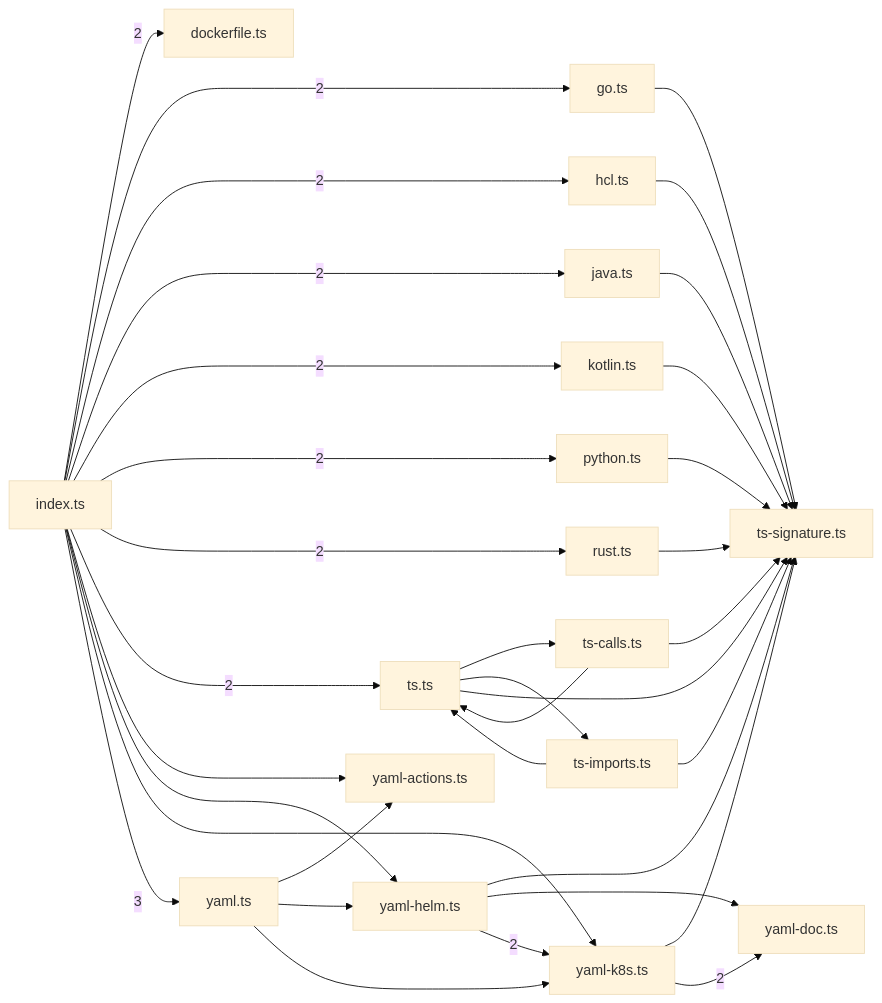
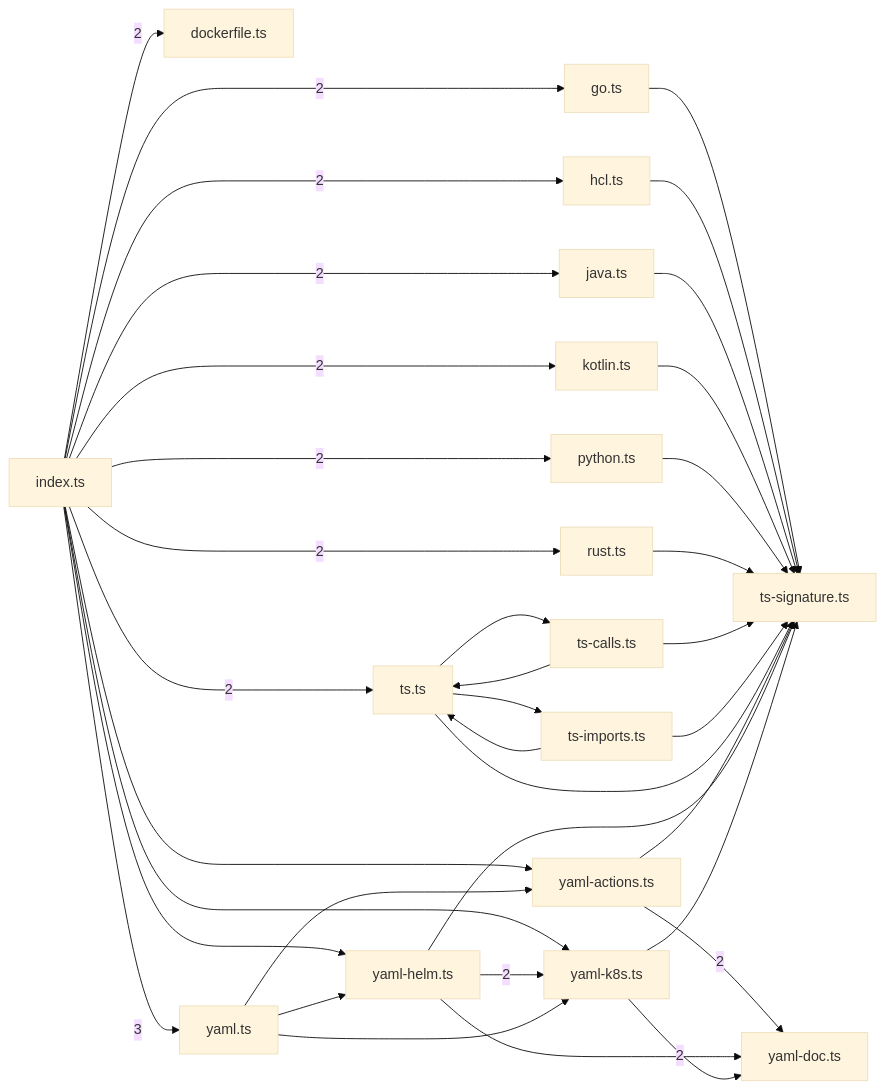
One commit to sns45/greplost changed the third of 8 diagrams in .greplost/packages/greplost__core/MAP.md. Above: the diagram before and after it, drawn with Mermaid (base theme). The commit also changed other lines of this file and 19 other files, not shown here.

````diff
--- a/.greplost/packages/greplost__core/MAP.md
+++ b/.greplost/packages/greplost__core/MAP.md
@@ -233,53 +233,55 @@
 ```mermaid
 graph LR
   packages_core_src_extract_dockerfile_ts["dockerfile.ts"]
   packages_core_src_extract_go_ts["go.ts"]
   packages_core_src_extract_hcl_ts["hcl.ts"]
   packages_core_src_extract_index_ts["index.ts"]
   packages_core_src_extract_java_ts["java.ts"]
   packages_core_src_extract_kotlin_ts["kotlin.ts"]
   packages_core_src_extract_python_ts["python.ts"]
   packages_core_src_extract_rust_ts["rust.ts"]
   packages_core_src_extract_ts_calls_ts["ts-calls.ts"]
   packages_core_src_extract_ts_imports_ts["ts-imports.ts"]
   packages_core_src_extract_ts_signature_ts["ts-signature.ts"]
   packages_core_src_extract_ts_ts["ts.ts"]
   packages_core_src_extract_yaml_actions_ts["yaml-actions.ts"]
   packages_core_src_extract_yaml_doc_ts["yaml-doc.ts"]
   packages_core_src_extract_yaml_helm_ts["yaml-helm.ts"]
   packages_core_src_extract_yaml_k8s_ts["yaml-k8s.ts"]
   packages_core_src_extract_yaml_ts["yaml.ts"]
   packages_core_src_extract_go_ts --> packages_core_src_extract_ts_signature_ts
   packages_core_src_extract_hcl_ts --> packages_core_src_extract_ts_signature_ts
   packages_core_src_extract_index_ts -->|2| packages_core_src_extract_dockerfile_ts
   packages_core_src_extract_index_ts -->|2| packages_core_src_extract_go_ts
   packages_core_src_extract_index_ts -->|2| packages_core_src_extract_hcl_ts
   packages_core_src_extract_index_ts -->|2| packages_core_src_extract_java_ts
   packages_core_src_extract_index_ts -->|2| packages_core_src_extract_kotlin_ts
   packages_core_src_extract_index_ts -->|2| packages_core_src_extract_python_ts
   packages_core_src_extract_index_ts -->|2| packages_core_src_extract_rust_ts
   packages_core_src_extract_index_ts -->|2| packages_core_src_extract_ts_ts
   packages_core_src_extract_index_ts --> packages_core_src_extract_yaml_actions_ts
   packages_core_src_extract_index_ts --> packages_core_src_extract_yaml_helm_ts
   packages_core_src_extract_index_ts --> packages_core_src_extract_yaml_k8s_ts
   packages_core_src_extract_index_ts -->|3| packages_core_src_extract_yaml_ts
   packages_core_src_extract_java_ts --> packages_core_src_extract_ts_signature_ts
   packages_core_src_extract_kotlin_ts --> packages_core_src_extract_ts_signature_ts
   packages_core_src_extract_python_ts --> packages_core_src_extract_ts_signature_ts
   packages_core_src_extract_rust_ts --> packages_core_src_extract_ts_signature_ts
   packages_core_src_extract_ts_calls_ts --> packages_core_src_extract_ts_signature_ts
   packages_core_src_extract_ts_calls_ts --> packages_core_src_extract_ts_ts
   packages_core_src_extract_ts_imports_ts --> packages_core_src_extract_ts_signature_ts
   packages_core_src_extract_ts_imports_ts --> packages_core_src_extract_ts_ts
   packages_core_src_extract_ts_ts --> packages_core_src_extract_ts_calls_ts
   packages_core_src_extract_ts_ts --> packages_core_src_extract_ts_imports_ts
   packages_core_src_extract_ts_ts --> packages_core_src_extract_ts_signature_ts
+  packages_core_src_extract_yaml_actions_ts --> packages_core_src_extract_ts_signature_ts
+  packages_core_src_extract_yaml_actions_ts -->|2| packages_core_src_extract_yaml_doc_ts
   packages_core_src_extract_yaml_helm_ts --> packages_core_src_extract_ts_signature_ts
   packages_core_src_extract_yaml_helm_ts --> packages_core_src_extract_yaml_doc_ts
   packages_core_src_extract_yaml_helm_ts -->|2| packages_core_src_extract_yaml_k8s_ts
   packages_core_src_extract_yaml_k8s_ts --> packages_core_src_extract_ts_signature_ts
   packages_core_src_extract_yaml_k8s_ts -->|2| packages_core_src_extract_yaml_doc_ts
   packages_core_src_extract_yaml_ts --> packages_core_src_extract_yaml_actions_ts
   packages_core_src_extract_yaml_ts --> packages_core_src_extract_yaml_helm_ts
   packages_core_src_extract_yaml_ts --> packages_core_src_extract_yaml_k8s_ts
 ```
````
